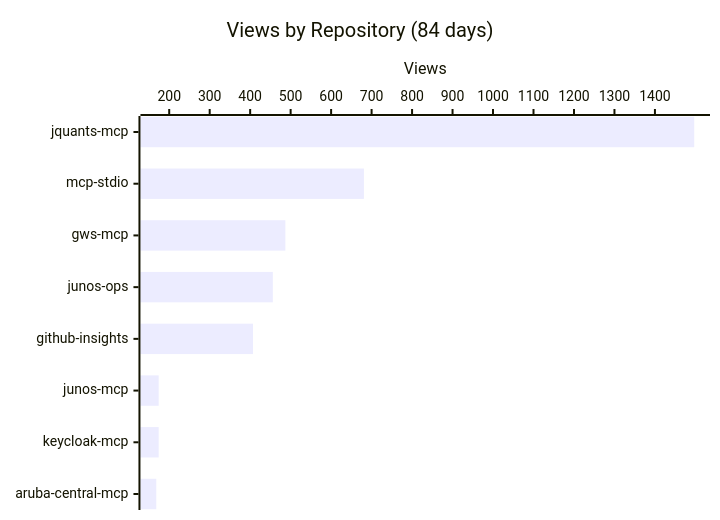
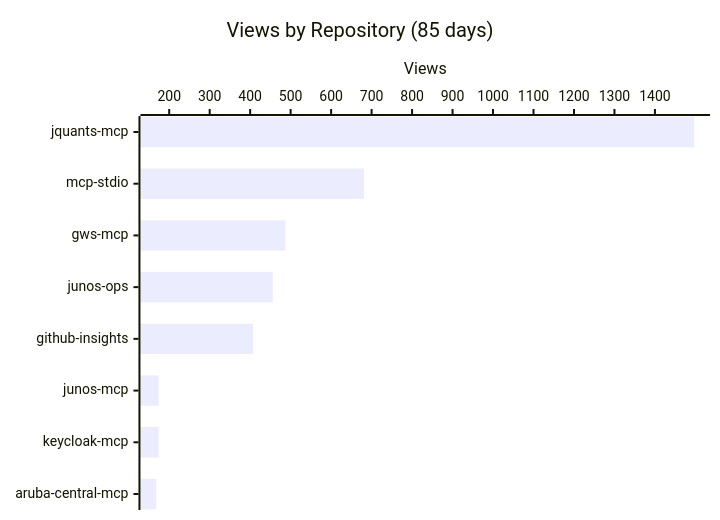
The first of 3 diagrams in README.md (shigechika/github-insights), drawn with Mermaid before and after one commit. The commit also changed other lines of this file and 2 other files, not shown here.

````diff
--- a/README.md
+++ b/README.md
@@ -18,7 +18,7 @@
 ```mermaid
 xychart-beta horizontal
-    title "Views by Repository (84 days)"
+    title "Views by Repository (85 days)"
     x-axis ["jquants-mcp", "mcp-stdio", "gws-mcp", "junos-ops", "github-insights", "junos-mcp", "keycloak-mcp", "aruba-central-mcp"]
     y-axis "Views"
     bar [1497, 681, 487, 456, 407, 174, 174, 168]
 ```
````
